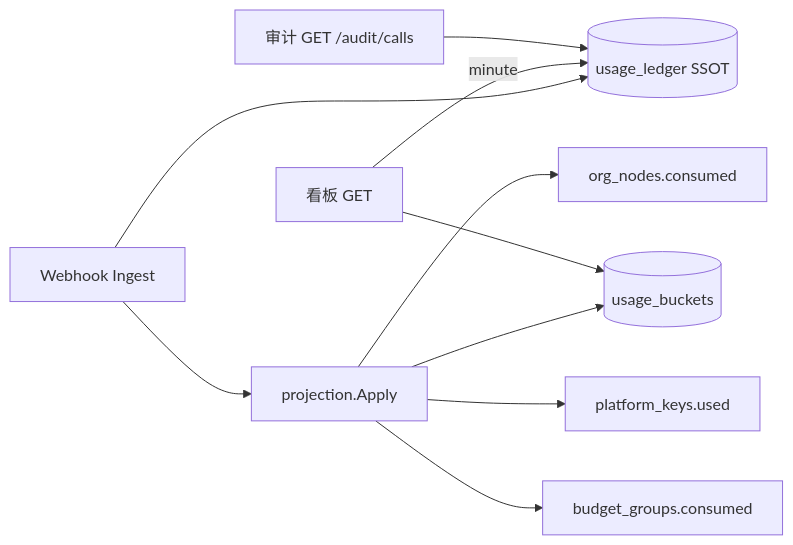
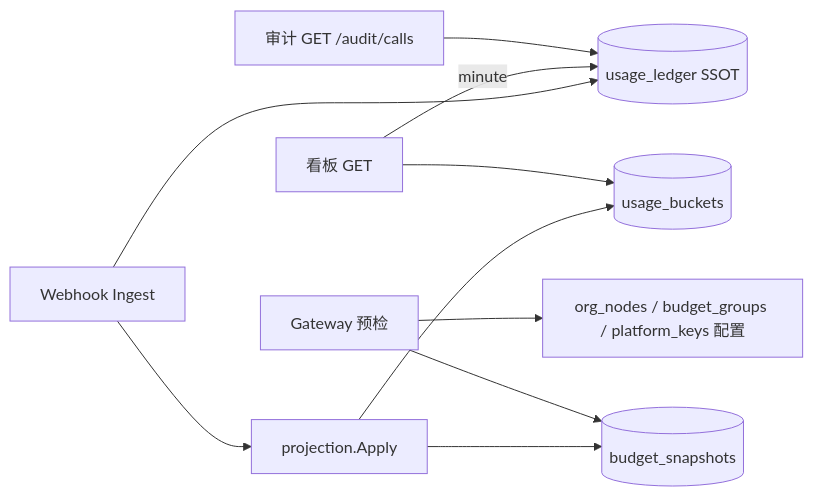
One commit to quyip8818/mytokenjoy changed the seventh of 8 diagrams in docs/Backend-存储.md. Above: the diagram before and after it, drawn with Mermaid. The commit also changed other lines of this file and 96 other files, not shown here.

````diff
--- a/docs/Backend-存储.md
+++ b/docs/Backend-存储.md
@@ -189,12 +190,12 @@
 ```mermaid
 flowchart LR
   WH[Webhook Ingest] --> UL[(usage_ledger SSOT)]
   WH --> PROJ[projection.Apply]
-  PROJ --> CONS[org_nodes.consumed]
-  PROJ --> USED[platform_keys.used]
-  PROJ --> BG_C[budget_groups.consumed]
+  PROJ --> SNAP[(budget_snapshots)]
   PROJ --> UB[(usage_buckets)]
   DASH[看板 GET] --> UB
   DASH -->|minute| UL
+  GW[Gateway 预检] --> SNAP
+  GW --> CFG[org_nodes / budget_groups / platform_keys 配置]
   AUD[审计 GET /audit/calls] --> UL
 ```
````
